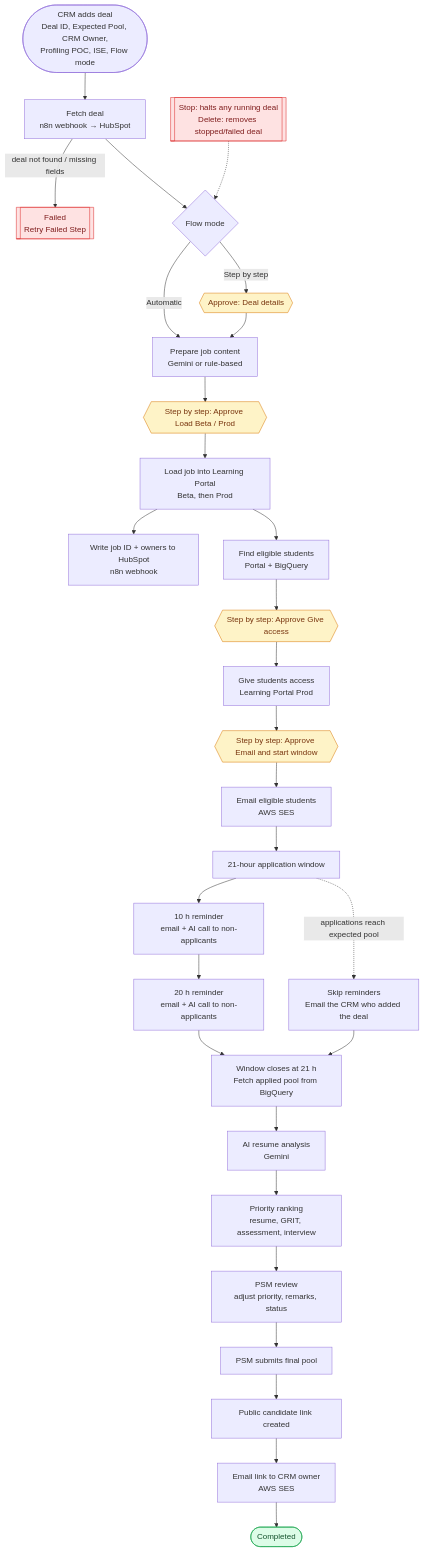
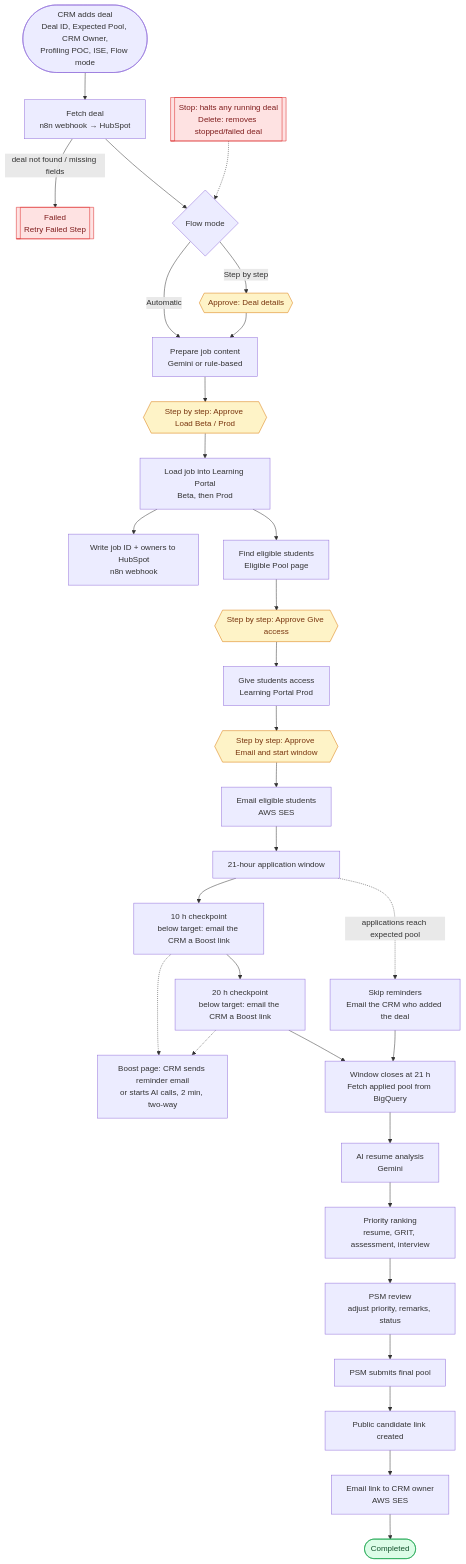
Before and after one commit to niat-web/iob-load-workflow: the diagram in docs/APPLICATION_REQUIREMENTS.md, drawn with Mermaid. The commit also changed other lines of this file and 102 other files, not shown here.

First line of the commit message:
Add AI calls boost page, Eligible Pool eligibility and Google sign-in

````diff
--- a/docs/APPLICATION_REQUIREMENTS.md
+++ b/docs/APPLICATION_REQUIREMENTS.md
@@ -25,39 +25,41 @@
 ```mermaid
 flowchart TD
     A([CRM adds deal<br/>Deal ID, Expected Pool, CRM Owner,<br/>Profiling POC, ISE, Flow mode]) --> B[Fetch deal<br/>n8n webhook → HubSpot]
     B -->|deal not found / missing fields| F1[[Failed<br/>Retry Failed Step]]
     B --> M{Flow mode}
     M -->|Step by step| G1{{Approve: Deal details}}
     M -->|Automatic| C
     G1 --> C[Prepare job content<br/>Gemini or rule-based]
     C --> G2{{Step by step: Approve Load Beta / Prod}}
     G2 --> D[Load job into Learning Portal<br/>Beta, then Prod]
     D --> W[Write job ID + owners to HubSpot<br/>n8n webhook]
-    D --> E[Find eligible students<br/>Portal + BigQuery]
+    D --> E[Find eligible students<br/>Eligible Pool page]
     E --> G3{{Step by step: Approve Give access}}
     G3 --> H[Give students access<br/>Learning Portal Prod]
     H --> G4{{Step by step: Approve Email and start window}}
     G4 --> I[Email eligible students<br/>AWS SES]
     I --> J[21-hour application window]
-    J --> R1[10 h reminder<br/>email + AI call to non-applicants]
-    R1 --> R2[20 h reminder<br/>email + AI call to non-applicants]
+    J --> R1[10 h checkpoint<br/>below target: email the CRM a Boost link]
+    R1 --> R2[20 h checkpoint<br/>below target: email the CRM a Boost link]
+    R1 -.-> BP[Boost page: CRM sends reminder email<br/>or starts AI calls, 2 min, two-way]
+    R2 -.-> BP
     J -.->|applications reach expected pool| P[Skip reminders<br/>Email the CRM who added the deal]
     R2 --> K[Window closes at 21 h<br/>Fetch applied pool from BigQuery]
     P --> K
     K --> L[AI resume analysis<br/>Gemini]
     L --> N[Priority ranking<br/>resume, GRIT, assessment, interview]
     N --> O[PSM review<br/>adjust priority, remarks, status]
     O --> Q[PSM submits final pool]
     Q --> S[Public candidate link created]
     S --> T[Email link to CRM owner<br/>AWS SES]
     T --> Z([Completed])
 
     X[[Stop: halts any running deal<br/>Delete: removes stopped/failed deal]] -.-> M
 
     classDef gate fill:#FEF3C7,stroke:#D97706,color:#78350F;
     classDef fail fill:#FEE2E2,stroke:#DC2626,color:#7F1D1D;
     classDef done fill:#DCFCE7,stroke:#16A34A,color:#14532D;
     class G1,G2,G3,G4 gate;
     class F1,X fail;
     class Z done;
 ```
````
